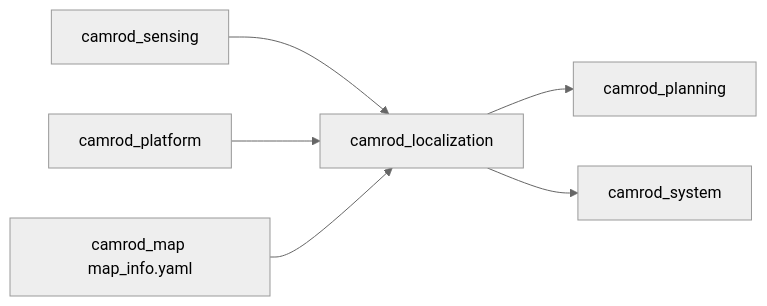
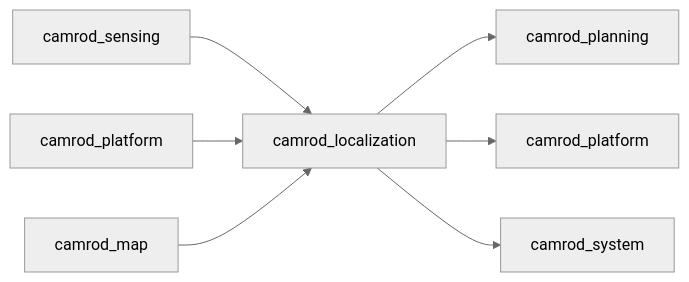
Before and after one commit to hwanhonglee/CAMROD: the second of 2 diagrams in camrod_localization/README.md, drawn with Mermaid (neutral theme). The commit also changed other lines of this file and 15 other files, not shown here.

````diff
--- a/camrod_localization/README.md
+++ b/camrod_localization/README.md
@@ -37,8 +70,9 @@
 ```mermaid
 graph LR
-  SENSING[camrod_sensing] --> LOC[camrod_localization]
-  PLATFORM[camrod_platform] --> LOC
-  MAP[camrod_map map_info.yaml] --> LOC
-  LOC --> PLANNING[camrod_planning]
-  LOC --> SYSTEM[camrod_system]
+  SENS[camrod_sensing] --> LOC[camrod_localization]
+  PLAT[camrod_platform] --> LOC
+  MAP[camrod_map] --> LOC
+  LOC --> PLAN[camrod_planning]
+  LOC --> PPLAT[camrod_platform]
+  LOC --> SYS[camrod_system]
 ```
````
